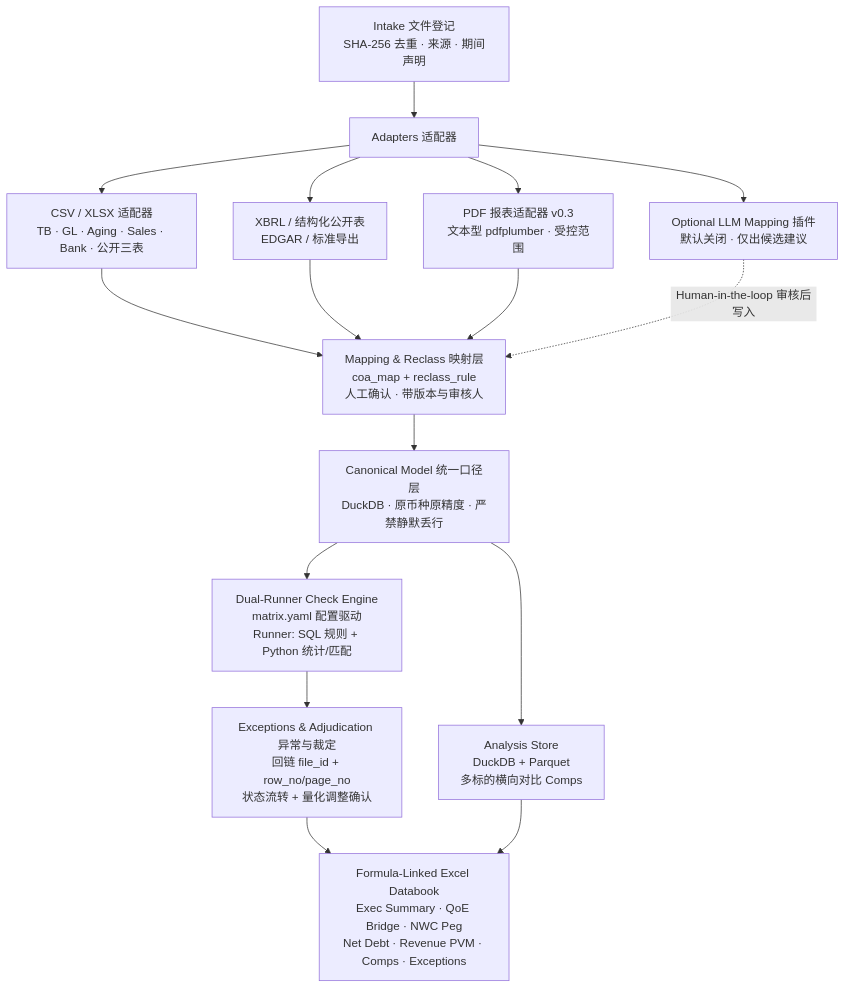
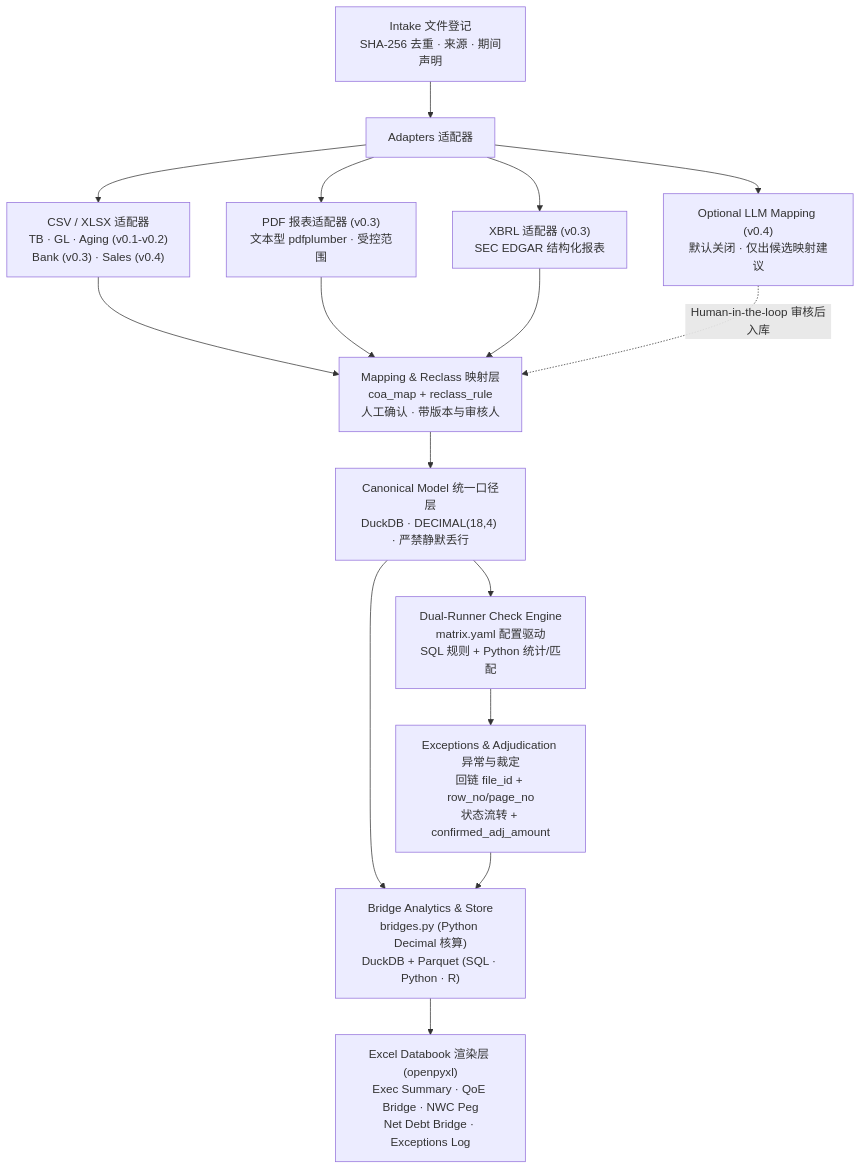
One commit to LI-ZHEXI/fdd-workbench changed the diagram in README.md. Above: the diagram before and after it, drawn with Mermaid. The commit also changed other lines of this file and 1 other file, not shown here.

Commit message:
docs: refocus v3 spec on FDD core, shrink v0.2 scope, and decouple bridge math

````diff
--- a/README.md
+++ b/README.md
@@ -34,21 +53,21 @@
 ```mermaid
 graph TD
-    A[Intake 文件登记<br/>SHA-256 去重 · 来源 · 期间声明] --> B[Adapters 适配器]
-    B --> B1[CSV / XLSX 适配器<br/>TB · GL · Aging · Sales · Bank · 公开三表]
-    B --> B2[XBRL / 结构化公开表<br/>EDGAR / 标准导出]
-    B --> B3[PDF 报表适配器 v0.3<br/>文本型 pdfplumber · 受控范围]
-    B --> B4[Optional LLM Mapping 插件<br/>默认关闭 · 仅出候选建议]
+    A["Intake 文件登记<br/>SHA-256 去重 · 来源 · 期间声明"] --> B["Adapters 适配器"]
+    B --> B1["CSV / XLSX 适配器<br/>TB · GL · Aging (v0.1-v0.2)<br/>Bank (v0.3) · Sales (v0.4)"]
+    B --> B2["PDF 报表适配器 (v0.3)<br/>文本型 pdfplumber · 受控范围"]
+    B --> B3["XBRL 适配器 (v0.3)<br/>SEC EDGAR 结构化报表"]
+    B --> B4["Optional LLM Mapping (v0.4)<br/>默认关闭 · 仅出候选映射建议"]
 
-    B1 --> C[Mapping & Reclass 映射层<br/>coa_map + reclass_rule<br/>人工确认 · 带版本与审核人]
+    B1 --> C["Mapping & Reclass 映射层<br/>coa_map + reclass_rule<br/>人工确认 · 带版本与审核人"]
     B2 --> C
     B3 --> C
-    B4 -.->|Human-in-the-loop 审核后写入| C
+    B4 -.->|"Human-in-the-loop 审核后入库"| C
 
-    C --> D[Canonical Model 统一口径层<br/>DuckDB · 原币种原精度 · 严禁静默丢行]
-    D --> E[Dual-Runner Check Engine<br/>matrix.yaml 配置驱动<br/>Runner: SQL 规则 + Python 统计/匹配]
+    C --> D["Canonical Model 统一口径层<br/>DuckDB · DECIMAL(18,4) · 严禁静默丢行"]
+    D --> E["Dual-Runner Check Engine<br/>matrix.yaml 配置驱动<br/>SQL 规则 + Python 统计/匹配"]
 
-    E --> F[Exceptions & Adjudication 异常与裁定<br/>回链 file_id + row_no/page_no<br/>状态流转 + 量化调整确认]
-    D --> G[Analysis Store<br/>DuckDB + Parquet<br/>多标的横向对比 Comps]
-    F --> H[Formula-Linked Excel Databook<br/>Exec Summary · QoE Bridge · NWC Peg<br/>Net Debt · Revenue PVM · Comps · Exceptions]
-    G --> H
+    E --> F["Exceptions & Adjudication 异常与裁定<br/>回链 file_id + row_no/page_no<br/>状态流转 + confirmed_adj_amount"]
+    D --> G["Bridge Analytics & Store<br/>bridges.py (Python Decimal 核算)<br/>DuckDB + Parquet (SQL · Python · R)"]
+    F --> G
+    G --> H["Excel Databook 渲染层 (openpyxl)<br/>Exec Summary · QoE Bridge · NWC Peg<br/>Net Debt Bridge · Exceptions Log"]
 ```
````
